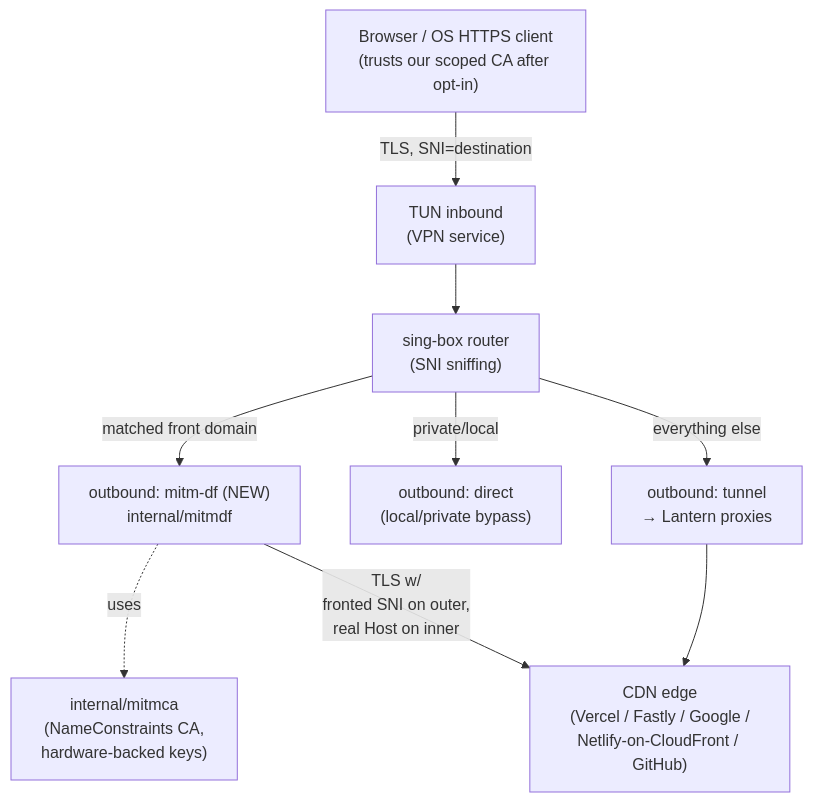
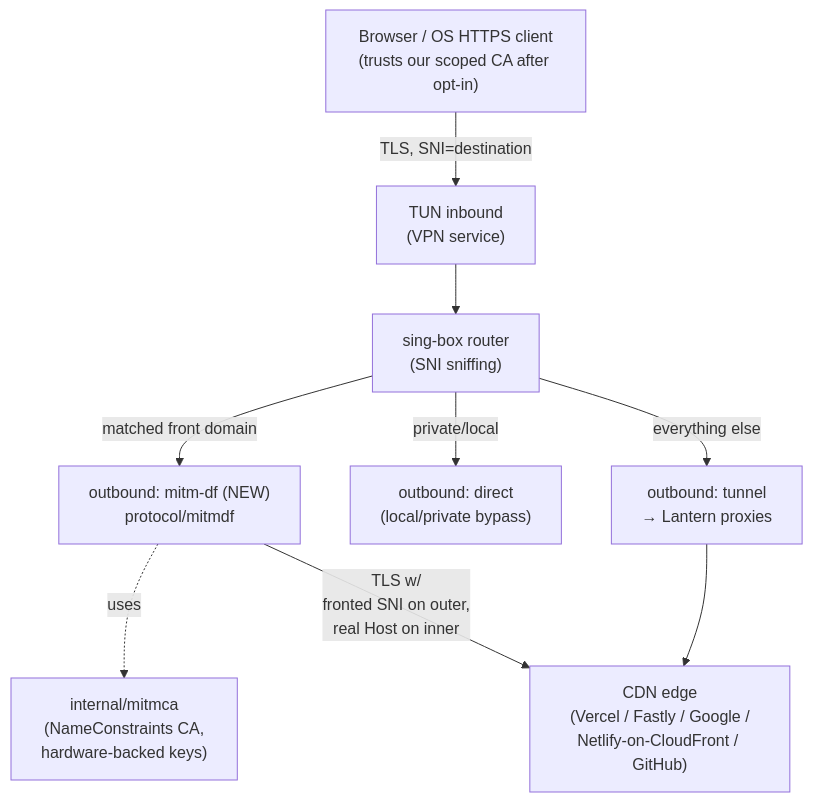
The diagram in docs/mitm-df/architecture.md (getlantern/lantern-box), drawn with Mermaid before and after one commit. The commit also changed other lines of this file, not shown here.

First line of the commit message:
docs(mitm-df): align package path with PR #263 (protocol/mitmdf)

````diff
--- a/docs/mitm-df/architecture.md
+++ b/docs/mitm-df/architecture.md
@@ -18,20 +18,20 @@
 ```mermaid
 graph TB
     Browser["Browser / OS HTTPS client<br/>(trusts our scoped CA after opt-in)"]
     TUN["TUN inbound<br/>(VPN service)"]
     Router["sing-box router<br/>(SNI sniffing)"]
     Tunnel["outbound: tunnel<br/>→ Lantern proxies"]
     Direct["outbound: direct<br/>(local/private bypass)"]
-    MITM["outbound: mitm-df (NEW)<br/>internal/mitmdf"]
+    MITM["outbound: mitm-df (NEW)<br/>protocol/mitmdf"]
     CA["internal/mitmca<br/>(NameConstraints CA,<br/>hardware-backed keys)"]
     CDN["CDN edge<br/>(Vercel / Fastly / Google /<br/>Netlify-on-CloudFront / GitHub)"]
 
     Browser -->|TLS, SNI=destination| TUN
     TUN --> Router
     Router -->|matched front domain| MITM
     Router -->|everything else| Tunnel
     Router -->|private/local| Direct
     MITM -.uses.-> CA
     MITM -->|TLS w/<br/>fronted SNI on outer,<br/>real Host on inner| CDN
     Tunnel --> CDN
 ```
````
